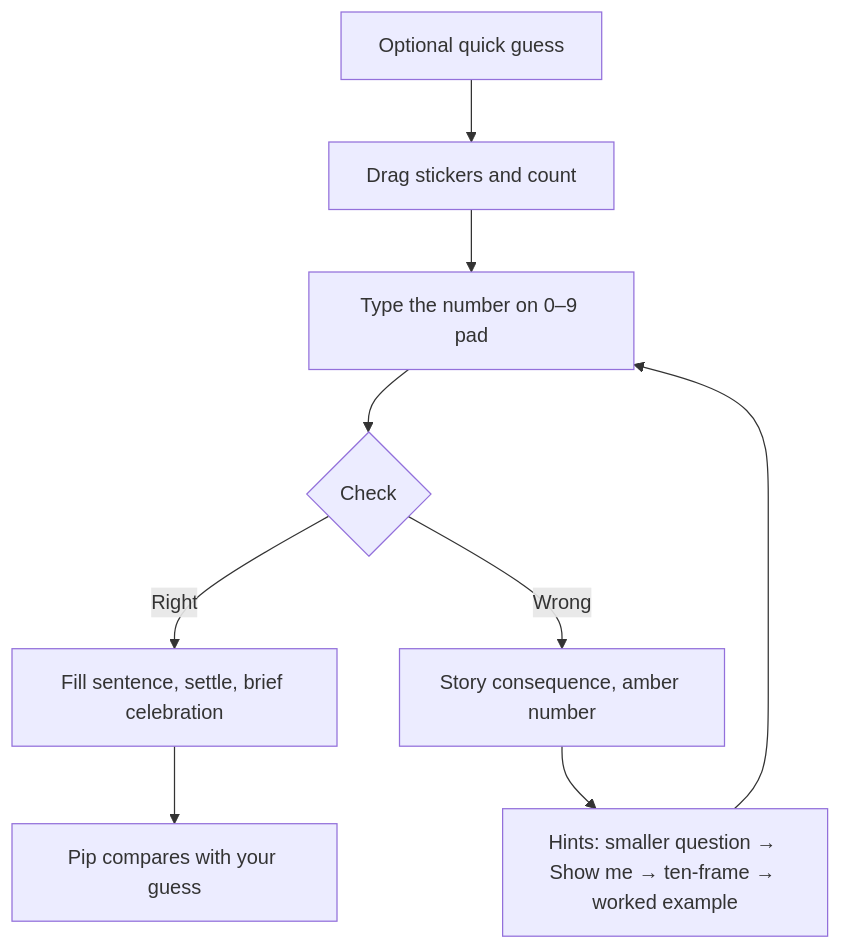
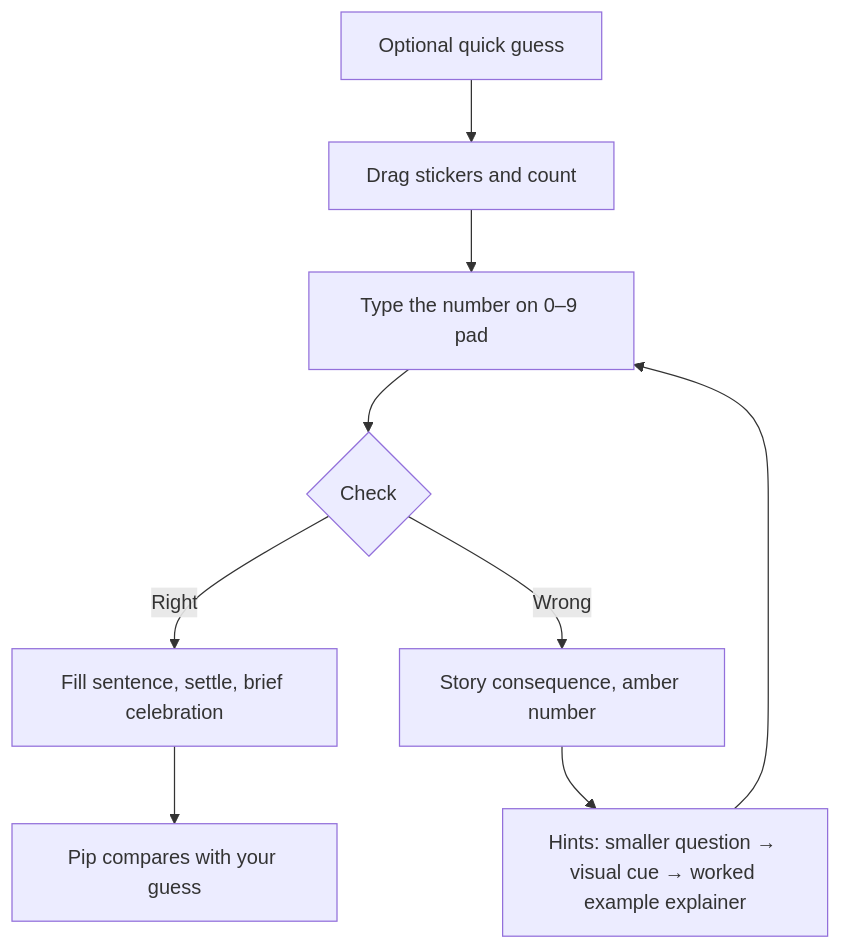
Before and after one commit to asub927/meta-ai-hackathon: the diagram in docs/DESIGN-PLAN.md, drawn with Mermaid. The commit also changed other lines of this file and 4 other files, not shown here.

First line of the commit message:
docs: worked example explainer spec (hint rung 3) (#4)

````diff
--- a/docs/DESIGN-PLAN.md
+++ b/docs/DESIGN-PLAN.md
@@ -18,11 +18,11 @@
 ```mermaid
 flowchart TD
   A[Optional quick guess] --> B[Drag stickers and count]
   B --> C[Type the number on 0–9 pad]
   C --> D{Check}
   D -->|Right| E[Fill sentence, settle, brief celebration]
   E --> F[Pip compares with your guess]
   D -->|Wrong| G[Story consequence, amber number]
-  G --> H[Hints: smaller question → Show me → ten-frame → worked example]
+  G --> H[Hints: smaller question → visual cue → worked example explainer]
   H --> C
 ```
````
